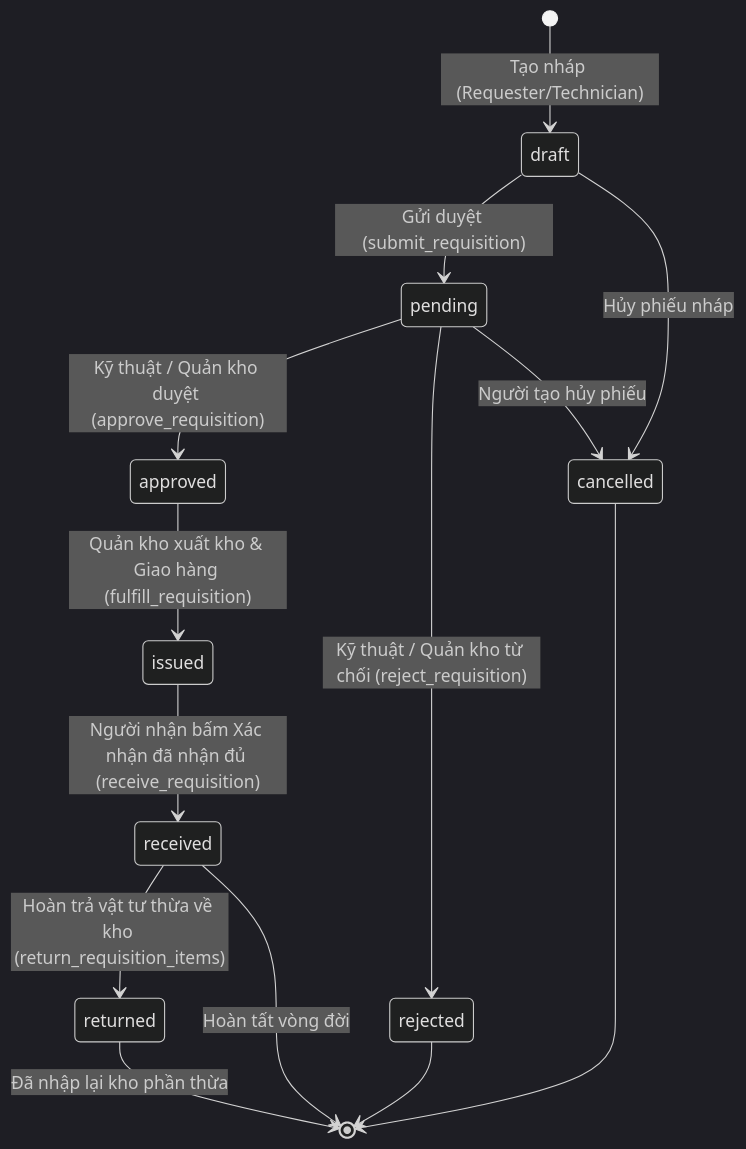
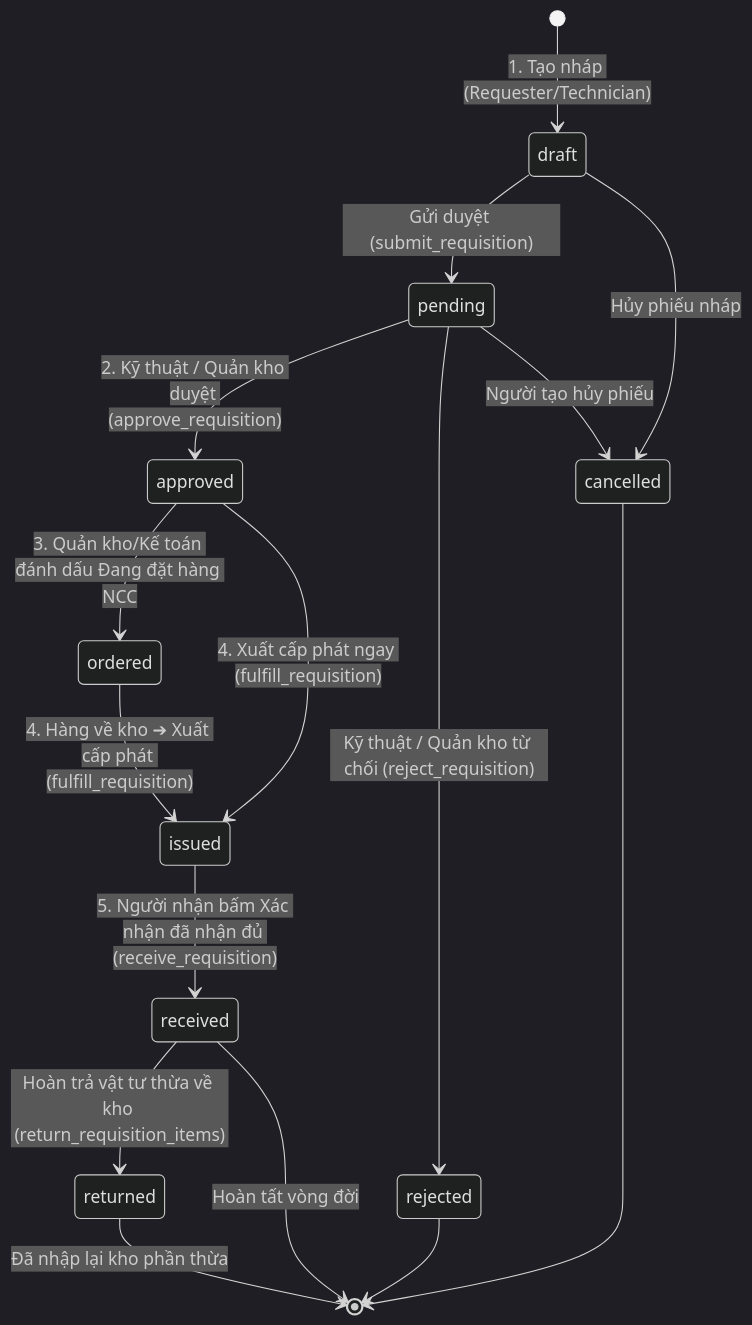
One commit to theiheu/minh-tan-phat-supply changed the first of 9 diagrams in docs/architecture/state-machines.md. Above: the diagram before and after it, drawn with Mermaid (dark theme). The commit also changed other lines of this file and 38 other files, not shown here.

````diff
--- a/docs/architecture/state-machines.md
+++ b/docs/architecture/state-machines.md
@@ -11,16 +11,18 @@
 ```mermaid
 stateDiagram-v2
-    [*] --> draft: Tạo nháp (Requester/Technician)
+    [*] --> draft: 1. Tạo nháp (Requester/Technician)
     draft --> pending: Gửi duyệt (submit_requisition)
     draft --> cancelled: Hủy phiếu nháp
-    pending --> approved: Kỹ thuật / Quản kho duyệt (approve_requisition)
+    pending --> approved: 2. Kỹ thuật / Quản kho duyệt (approve_requisition)
     pending --> rejected: Kỹ thuật / Quản kho từ chối (reject_requisition)
     pending --> cancelled: Người tạo hủy phiếu
-    approved --> issued: Quản kho xuất kho & Giao hàng (fulfill_requisition)
-    issued --> received: Người nhận bấm Xác nhận đã nhận đủ (receive_requisition)
+    approved --> ordered: 3. Quản kho/Kế toán đánh dấu Đang đặt hàng NCC
+    approved --> issued: 4. Xuất cấp phát ngay (fulfill_requisition)
+    ordered --> issued: 4. Hàng về kho ➔ Xuất cấp phát (fulfill_requisition)
+    issued --> received: 5. Người nhận bấm Xác nhận đã nhận đủ (receive_requisition)
     received --> returned: Hoàn trả vật tư thừa về kho (return_requisition_items)
     received --> [*]: Hoàn tất vòng đời
     returned --> [*]: Đã nhập lại kho phần thừa
     rejected --> [*]
     cancelled --> [*]
 ```
````
